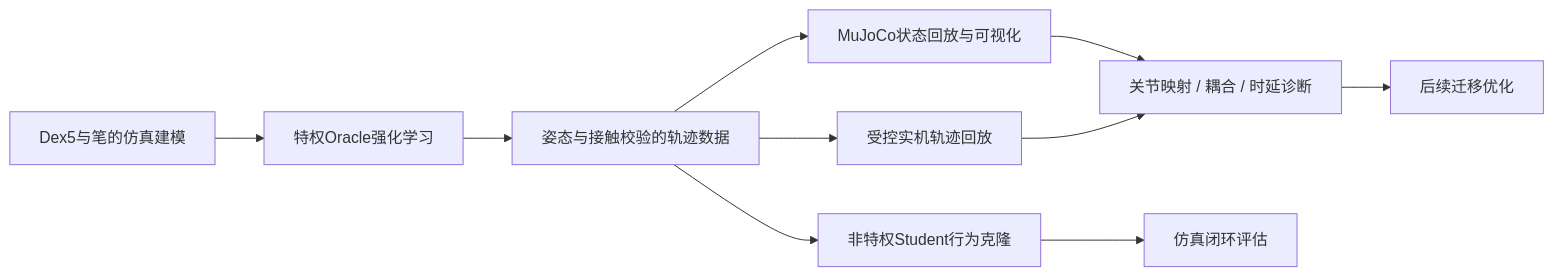
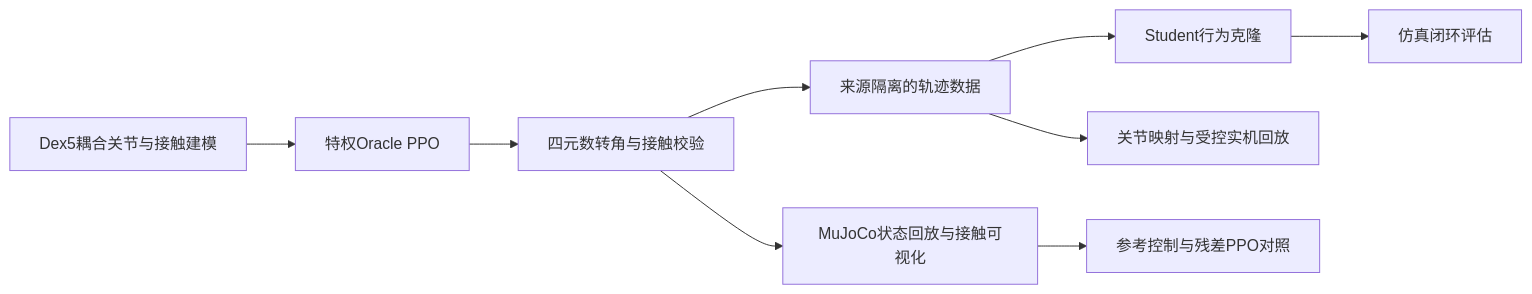
Before and after one commit to yued2013-hash/dex5_penspin: the diagram in README.md, drawn with Mermaid. The commit also changed other lines of this file and 14 other files, not shown here.

````diff
--- a/README.md
+++ b/README.md
@@ -50,12 +42,11 @@
 ```mermaid
 flowchart LR
-  A[Dex5与笔的仿真建模] --> B[特权Oracle强化学习]
-  B --> C[姿态与接触校验的轨迹数据]
-  C --> V[MuJoCo状态回放与可视化]
-  V --> G[关节映射 / 耦合 / 时延诊断]
-  C --> D[非特权Student行为克隆]
-  D --> E[仿真闭环评估]
-  C --> F[受控实机轨迹回放]
-  F --> G[关节映射 / 耦合 / 时延诊断]
-  G --> H[后续迁移优化]
+  A[Dex5耦合关节与接触建模] --> B[特权Oracle PPO]
+  B --> C[四元数转角与接触校验]
+  C --> D[来源隔离的轨迹数据]
+  D --> E[Student行为克隆]
+  E --> F[仿真闭环评估]
+  D --> G[关节映射与受控实机回放]
+  C --> H[MuJoCo状态回放与接触可视化]
+  H --> I[参考控制与残差PPO对照]
 ```
````
